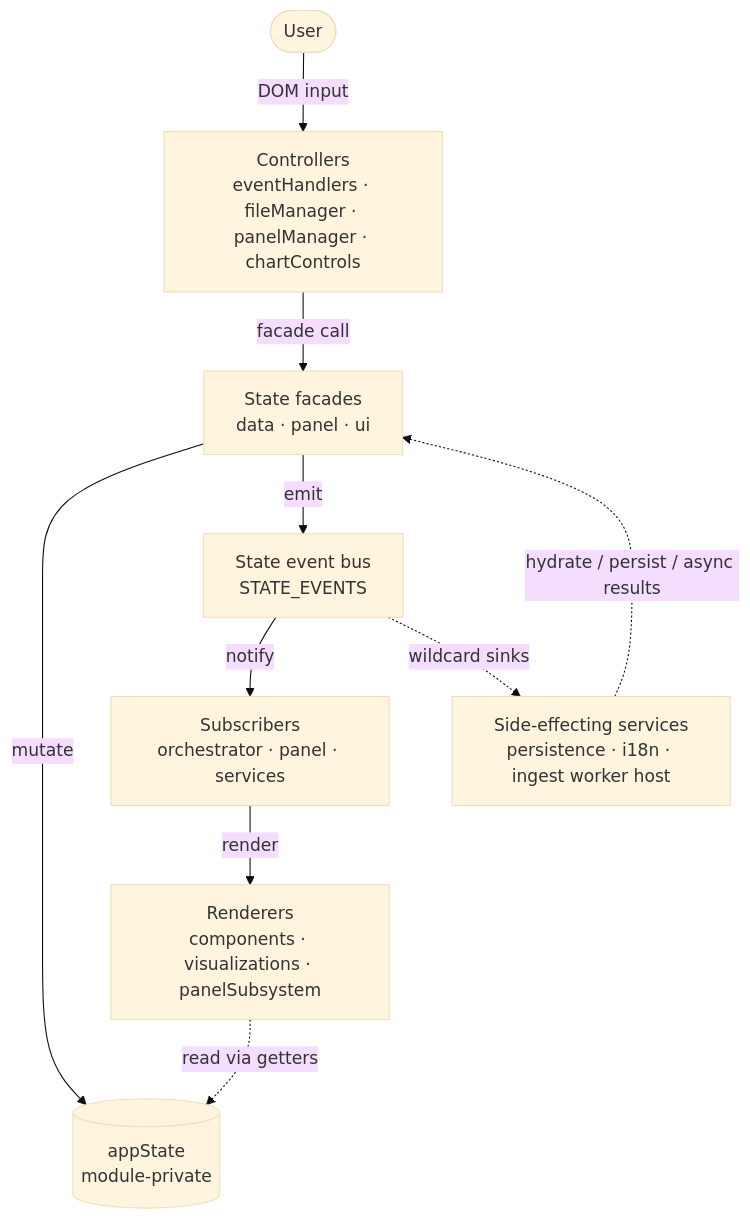
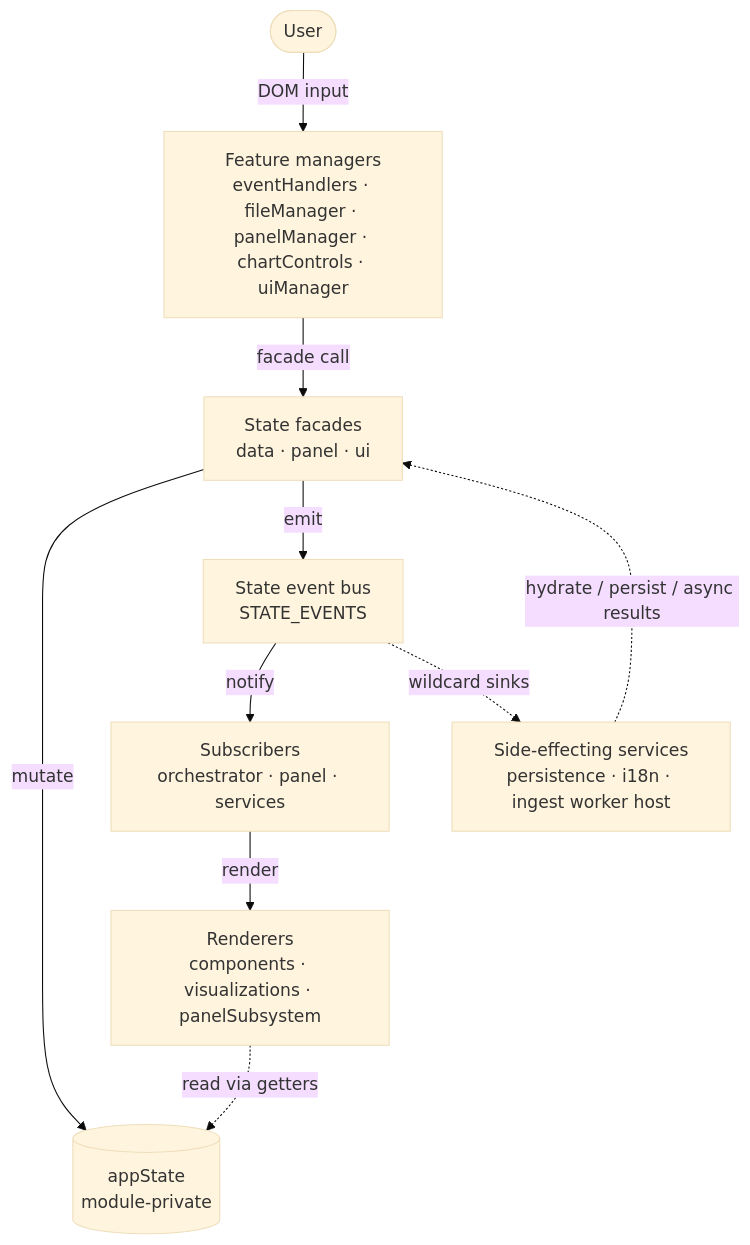
The diagram in docs/development/architecture.md (GabrielInada/CHIVE), drawn with Mermaid (base theme) before and after one commit. The commit also changed other lines of this file and 11 other files, not shown here.

````diff
--- a/docs/development/architecture.md
+++ b/docs/development/architecture.md
@@ -46,21 +46,21 @@
 ```mermaid
 flowchart TB
     U(["User"])
-    CTRL["Controllers<br/>eventHandlers · fileManager · panelManager · chartControls"]
+    CTRL["Feature managers<br/>eventHandlers · fileManager · panelManager · chartControls · uiManager"]
     FAC["State facades<br/>data · panel · ui"]
     STATE[("appState<br/>module-private")]
     BUS["State event bus<br/>STATE_EVENTS"]
     SUB["Subscribers<br/>orchestrator · panel · services"]
     VIEW["Renderers<br/>components · visualizations · panelSubsystem"]
     SERVICES["Side-effecting services<br/>persistence · i18n · ingest worker host"]
 
     U -- DOM input --> CTRL
     CTRL -- facade call --> FAC
     FAC -- mutate --> STATE
     FAC -- emit --> BUS
     BUS -- notify --> SUB
     SUB -- render --> VIEW
     VIEW -. read via getters .-> STATE
     SERVICES -. hydrate / persist / async results .-> FAC
     BUS -. wildcard sinks .-> SERVICES
 ```
````
